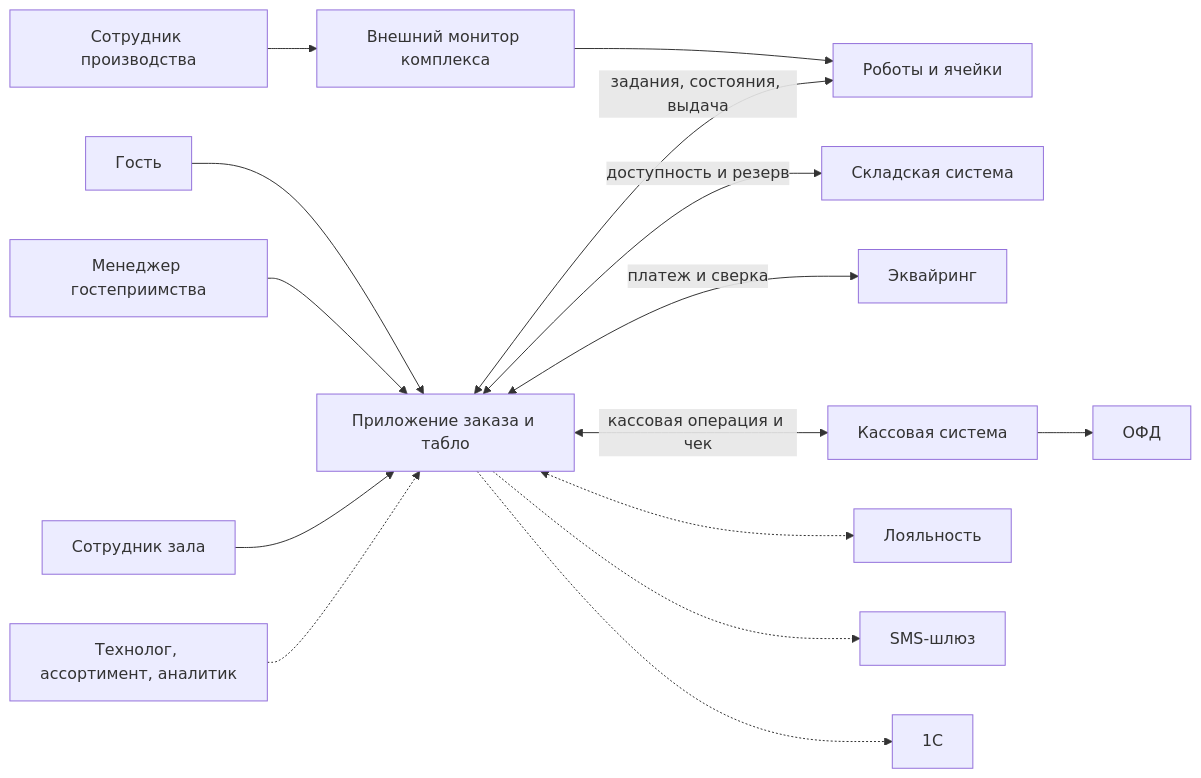
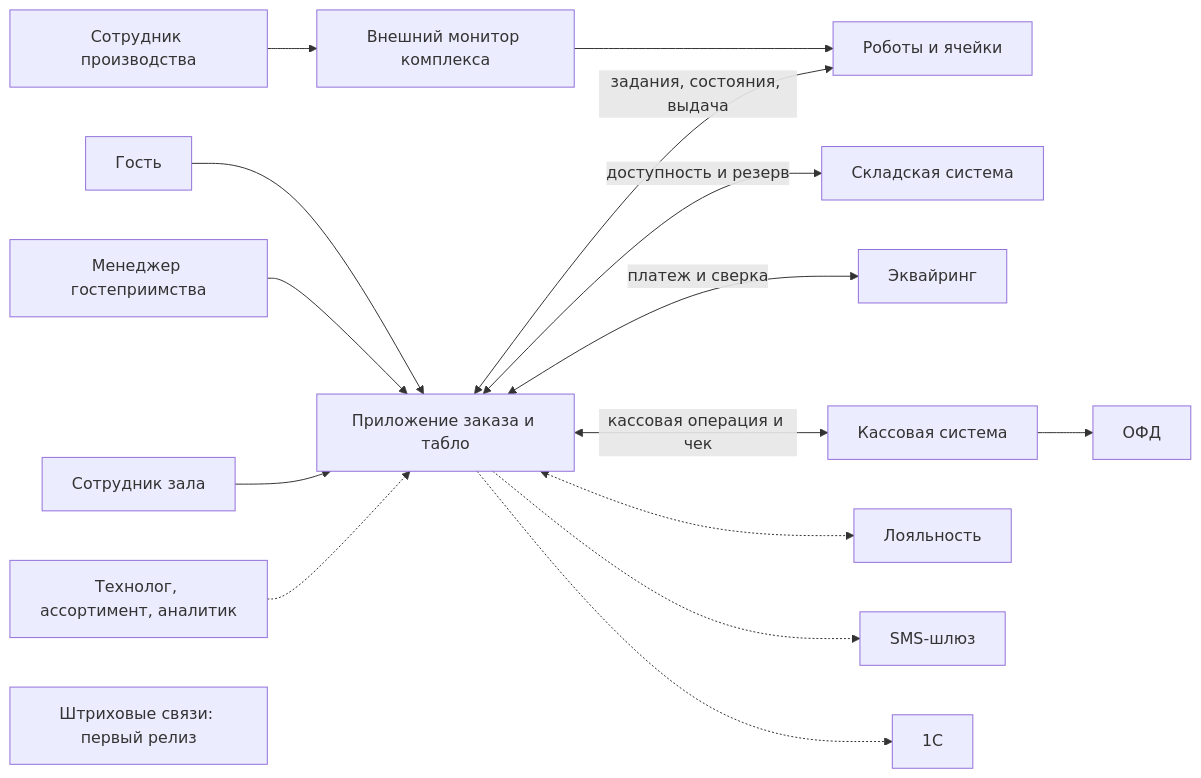
Before and after one commit to n-leo-leo/restaurant-order-board: the first of 3 diagrams in docs/project/published/04_architecture/components.md, drawn with Mermaid. The commit also changed other lines of this file and 23 other files, not shown here.

````diff
--- a/docs/project/published/04_architecture/components.md
+++ b/docs/project/published/04_architecture/components.md
@@ -9,17 +9,18 @@
 ```mermaid
 flowchart LR
   Guest[Гость] --> App[Приложение заказа и табло]
   Manager[Менеджер гостеприимства] --> App
   Hall[Сотрудник зала] --> App
   App <-->|задания, состояния, выдача| Robots[Роботы и ячейки]
   App <-->|доступность и резерв| Stock[Складская система]
   App <-->|платеж и сверка| Bank[Эквайринг]
   App <-->|кассовая операция и чек| Cash[Кассовая система]
   Cash --> OFD[ОФД]
   Production[Сотрудник производства] --> Monitor[Внешний монитор комплекса]
   Monitor --> Robots
   Staff[Технолог, ассортимент, аналитик] -.-> App
   App <-.-> Loyalty[Лояльность]
   App -.-> SMS[SMS-шлюз]
   App -.-> Accounting[1С]
+  Legend[Штриховые связи: первый релиз]
 ```
````
